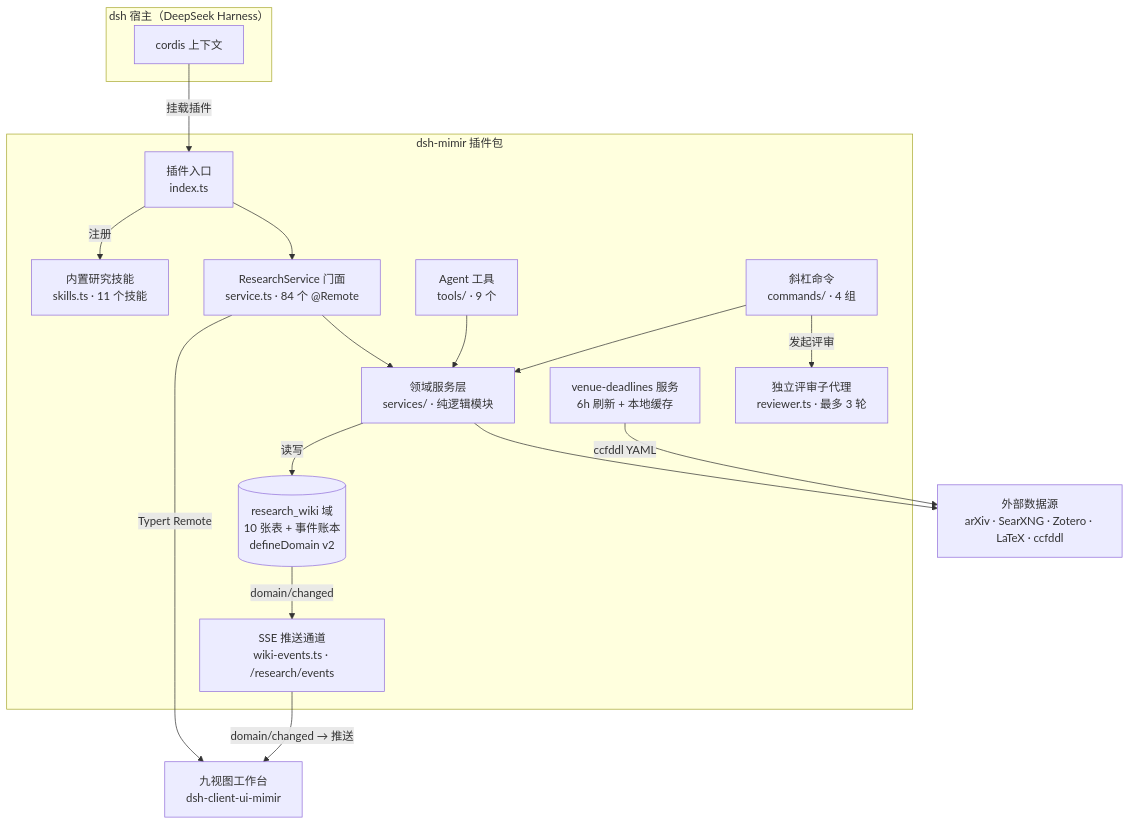
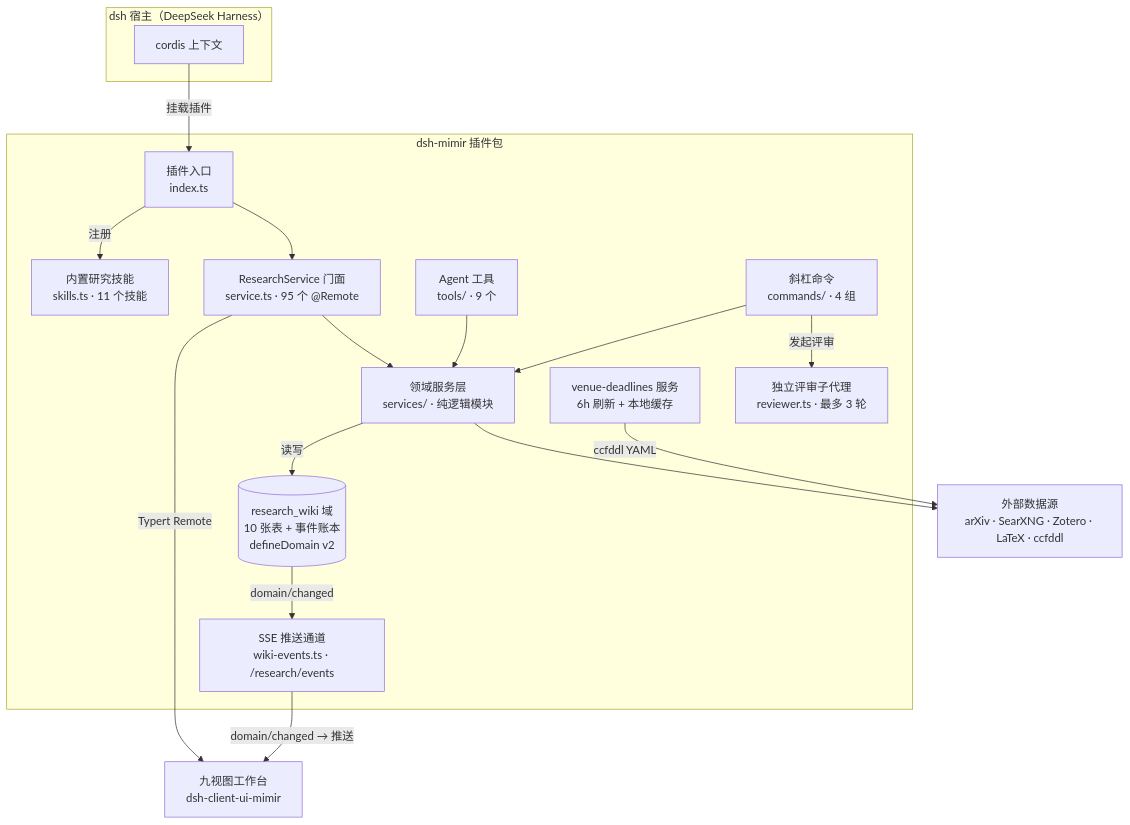
The diagram in docs/architecture.zh.md (1692775560/dsh-Mimir-Academic-research), drawn with Mermaid before and after one commit. The commit also changed other lines of this file and 6 other files, not shown here.

````diff
--- a/docs/architecture.zh.md
+++ b/docs/architecture.zh.md
@@ -9,36 +9,36 @@
 ```mermaid
 flowchart TB
     subgraph Host["dsh 宿主（DeepSeek Harness）"]
         CTX[cordis 上下文]
     end
 
     subgraph Pkg["dsh-mimir 插件包"]
         ENTRY["插件入口<br/>index.ts"]
-        FACADE["ResearchService 门面<br/>service.ts · 84 个 @Remote"]
+        FACADE["ResearchService 门面<br/>service.ts · 95 个 @Remote"]
         SVC["领域服务层<br/>services/ · 纯逻辑模块"]
         WIKI[("research_wiki 域<br/>10 张表 + 事件账本<br/>defineDomain v2")]
         SKILLS["内置研究技能<br/>skills.ts · 11 个技能"]
         TOOLS["Agent 工具<br/>tools/ · 9 个"]
         CMDS["斜杠命令<br/>commands/ · 4 组"]
         REV["独立评审子代理<br/>reviewer.ts · 最多 3 轮"]
         SSE["SSE 推送通道<br/>wiki-events.ts · /research/events"]
         VENUE["venue-deadlines 服务<br/>6h 刷新 + 本地缓存"]
     end
 
     UI["九视图工作台<br/>dsh-client-ui-mimir"]
     EXT["外部数据源<br/>arXiv · SearXNG · Zotero · LaTeX · ccfddl"]
 
     CTX -->|挂载插件| ENTRY
     ENTRY -->|注册| SKILLS
     ENTRY --> FACADE
     FACADE -->|Typert Remote| UI
     SSE -->|domain/changed → 推送| UI
     FACADE --> SVC
     SVC -->|读写| WIKI
     WIKI -->|domain/changed| SSE
     TOOLS --> SVC
     CMDS --> SVC
     CMDS -->|发起评审| REV
     SVC --> EXT
     VENUE -->|ccfddl YAML| EXT
 ```
````
